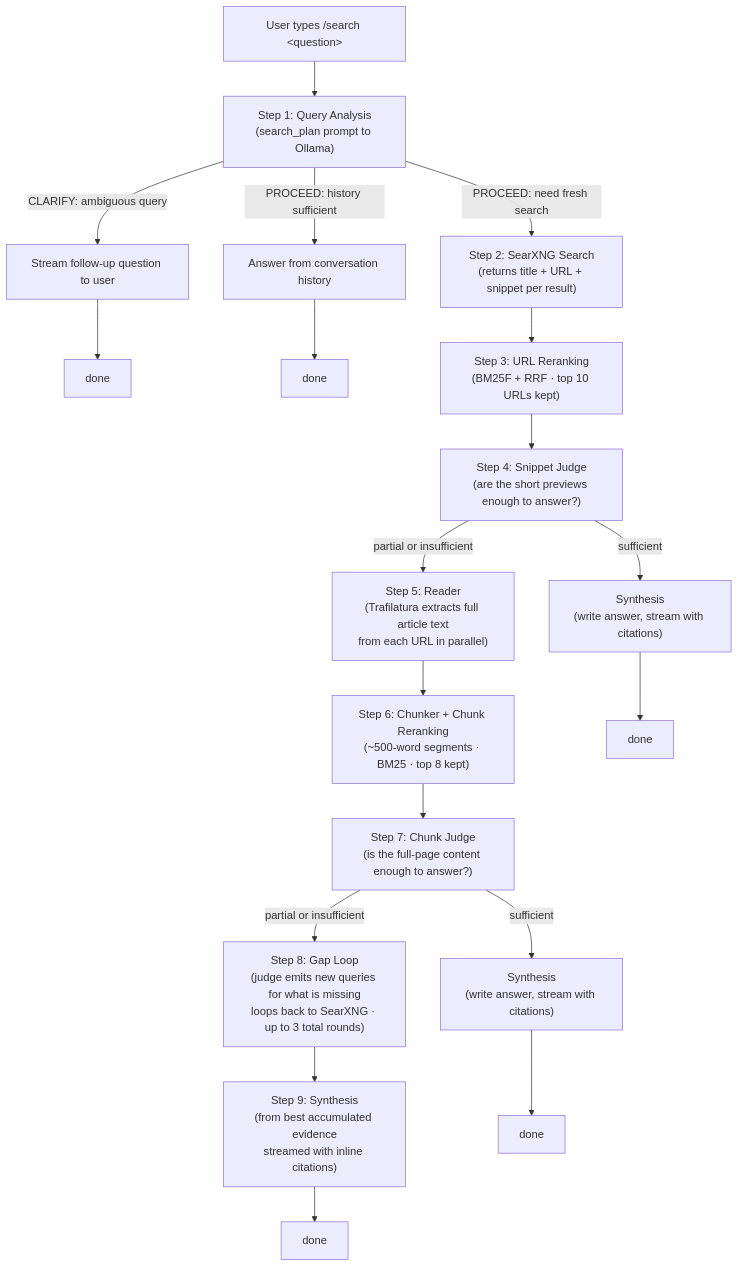
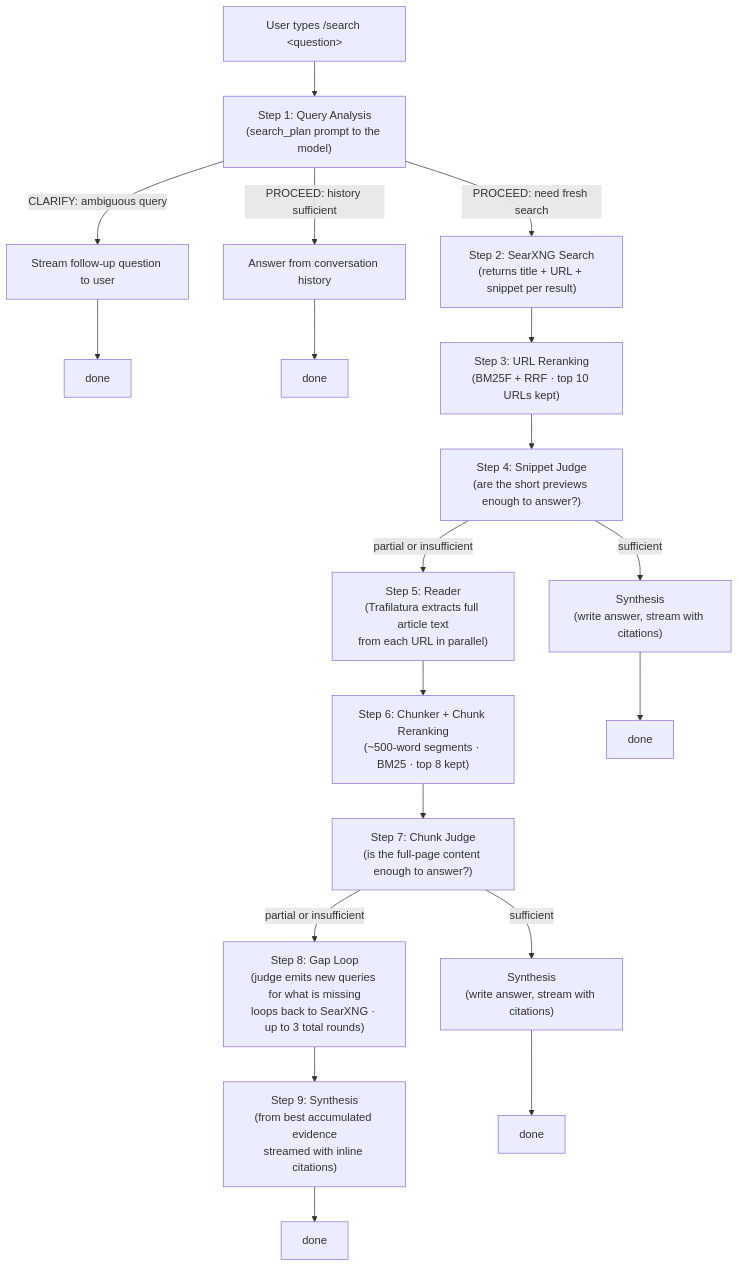
The diagram in docs/agentic-search.md (bhaochen/ncopy), drawn with Mermaid before and after one commit. The commit also changed other lines of this file and 78 other files, not shown here.

````diff
--- a/docs/agentic-search.md
+++ b/docs/agentic-search.md
@@ -146,21 +146,21 @@
 ```mermaid
 flowchart TD
-    A["User types /search &lt;question&gt;"] --> B["Step 1: Query Analysis<br>(search_plan prompt to Ollama)"]
+    A["User types /search &lt;question&gt;"] --> B["Step 1: Query Analysis<br>(search_plan prompt to the model)"]
     B -->|"CLARIFY: ambiguous query"| C["Stream follow-up question to user"]
     B -->|"PROCEED: history sufficient"| D["Answer from conversation history"]
     B -->|"PROCEED: need fresh search"| E["Step 2: SearXNG Search<br>(returns title + URL + snippet per result)"]
     C --> Z1[done]
     D --> Z2[done]
     E --> F["Step 3: URL Reranking<br>(BM25F + RRF · top 10 URLs kept)"]
     F --> G["Step 4: Snippet Judge<br>(are the short previews enough to answer?)"]
     G -->|sufficient| S1["Synthesis<br>(write answer, stream with citations)"]
     G -->|"partial or insufficient"| H["Step 5: Reader<br>(Trafilatura extracts full article text<br>from each URL in parallel)"]
     H --> I["Step 6: Chunker + Chunk Reranking<br>(~500-word segments · BM25 · top 8 kept)"]
     I --> J["Step 7: Chunk Judge<br>(is the full-page content enough to answer?)"]
     J -->|sufficient| S2["Synthesis<br>(write answer, stream with citations)"]
     J -->|"partial or insufficient"| K["Step 8: Gap Loop<br>(judge emits new queries for what is missing<br>loops back to SearXNG · up to 3 total rounds)"]
     K --> L["Step 9: Synthesis<br>(from best accumulated evidence<br>streamed with inline citations)"]
     S1 --> Z3[done]
     S2 --> Z4[done]
     L --> Z5[done]
 ```
````
